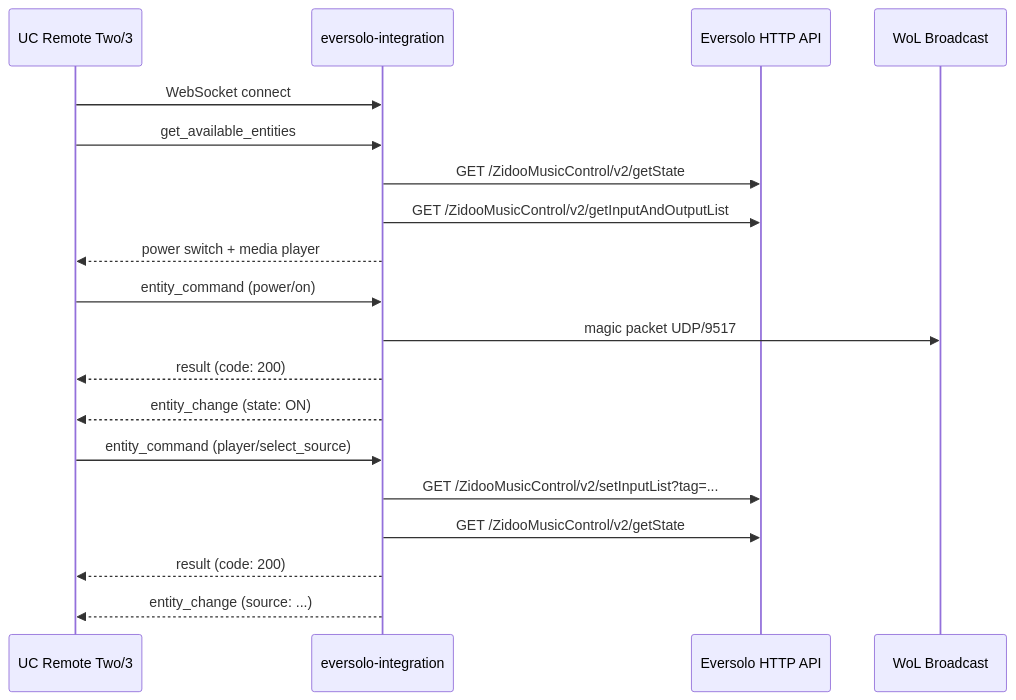
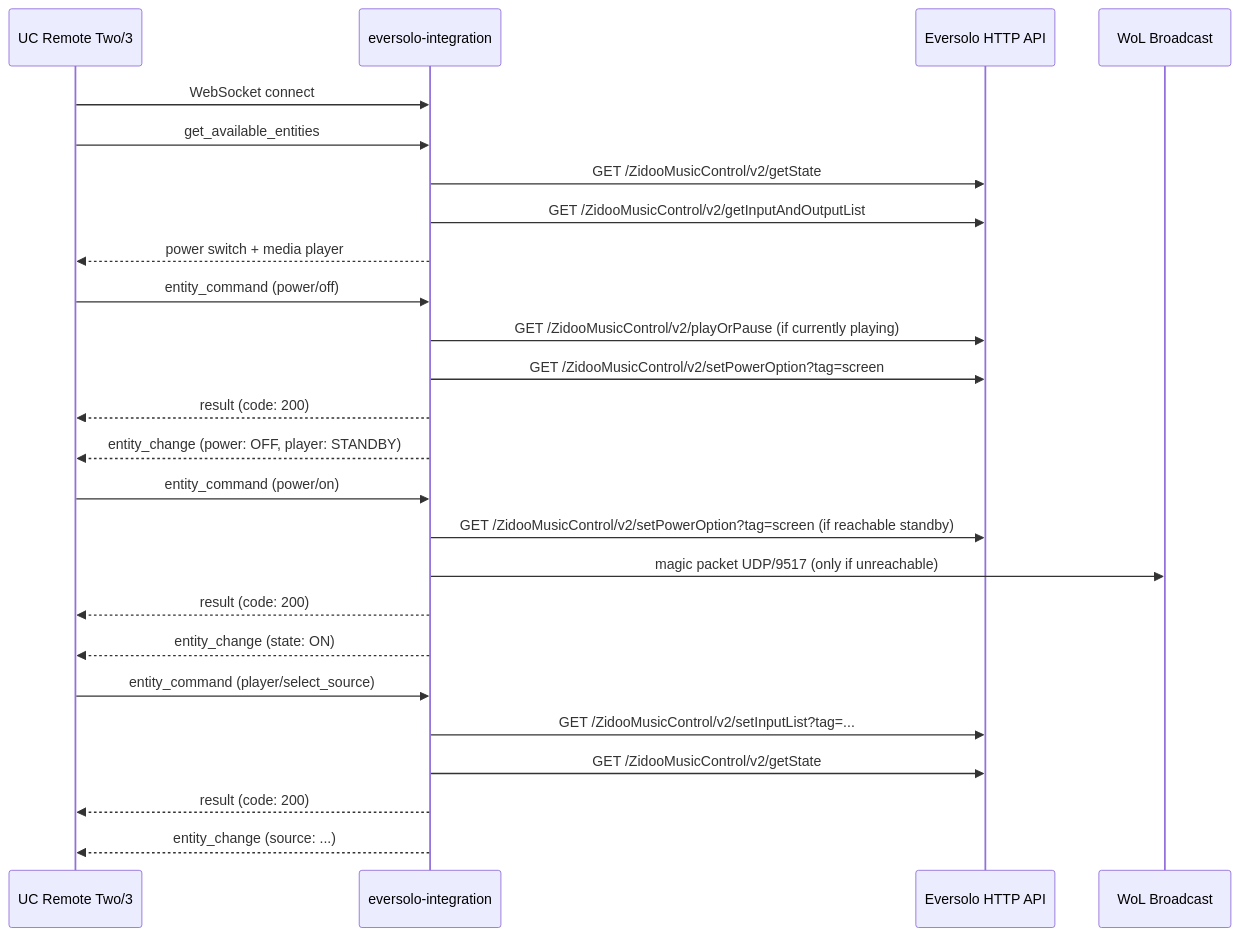
The diagram in homelab/eversolo-integration/README.md (yankeeinlondon/rusty-biscuit), drawn with Mermaid before and after one commit. The commit also changed other lines of this file, not shown here.

Commit message:
docs(eversolo-integration): document effective power state abstraction

````diff
--- a/homelab/eversolo-integration/README.md
+++ b/homelab/eversolo-integration/README.md
@@ -34,24 +53,31 @@
 ```mermaid
 sequenceDiagram
     participant R as UC Remote Two/3
     participant I as eversolo-integration
     participant E as Eversolo HTTP API
     participant W as WoL Broadcast
 
     R->>I: WebSocket connect
     R->>I: get_available_entities
     I->>E: GET /ZidooMusicControl/v2/getState
     I->>E: GET /ZidooMusicControl/v2/getInputAndOutputList
     I-->>R: power switch + media player
 
+    R->>I: entity_command (power/off)
+    I->>E: GET /ZidooMusicControl/v2/playOrPause (if currently playing)
+    I->>E: GET /ZidooMusicControl/v2/setPowerOption?tag=screen
+    I-->>R: result (code: 200)
+    I-->>R: entity_change (power: OFF, player: STANDBY)
+
     R->>I: entity_command (power/on)
-    I->>W: magic packet UDP/9517
+    I->>E: GET /ZidooMusicControl/v2/setPowerOption?tag=screen (if reachable standby)
+    I->>W: magic packet UDP/9517 (only if unreachable)
     I-->>R: result (code: 200)
     I-->>R: entity_change (state: ON)
 
     R->>I: entity_command (player/select_source)
     I->>E: GET /ZidooMusicControl/v2/setInputList?tag=...
     I->>E: GET /ZidooMusicControl/v2/getState
     I-->>R: result (code: 200)
     I-->>R: entity_change (source: ...)
 ```
````
